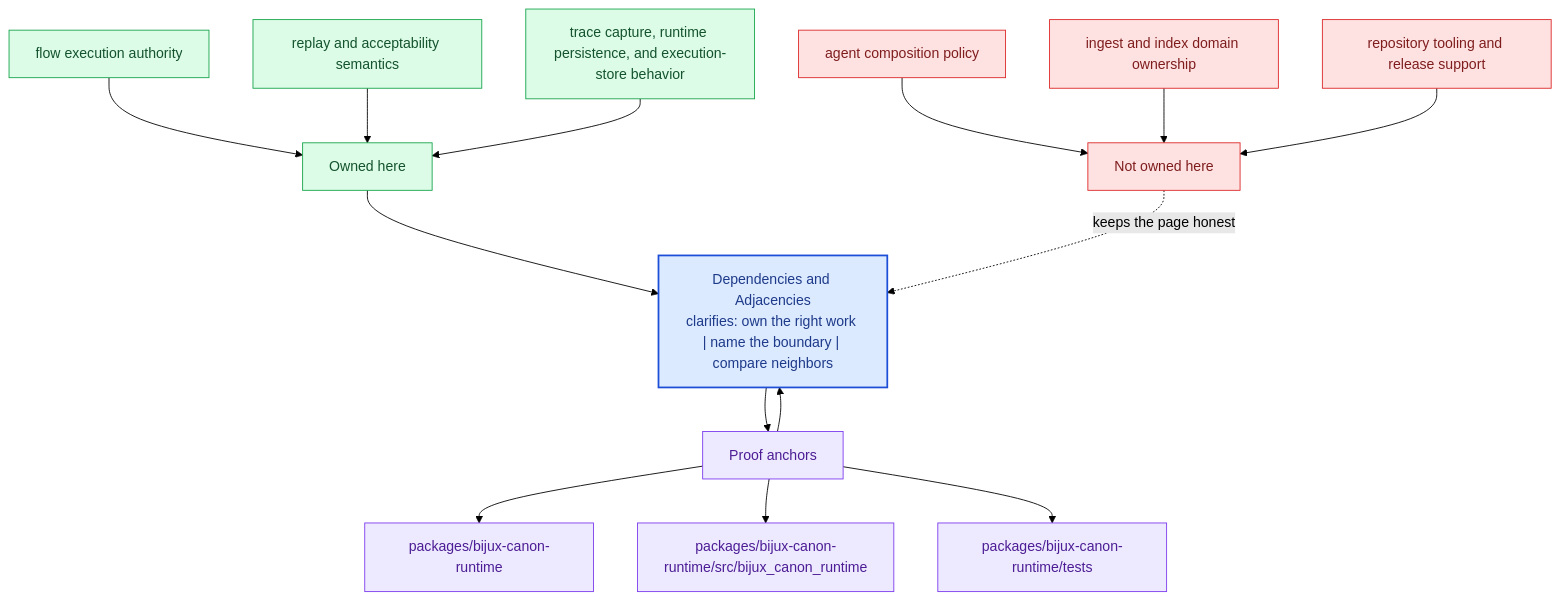
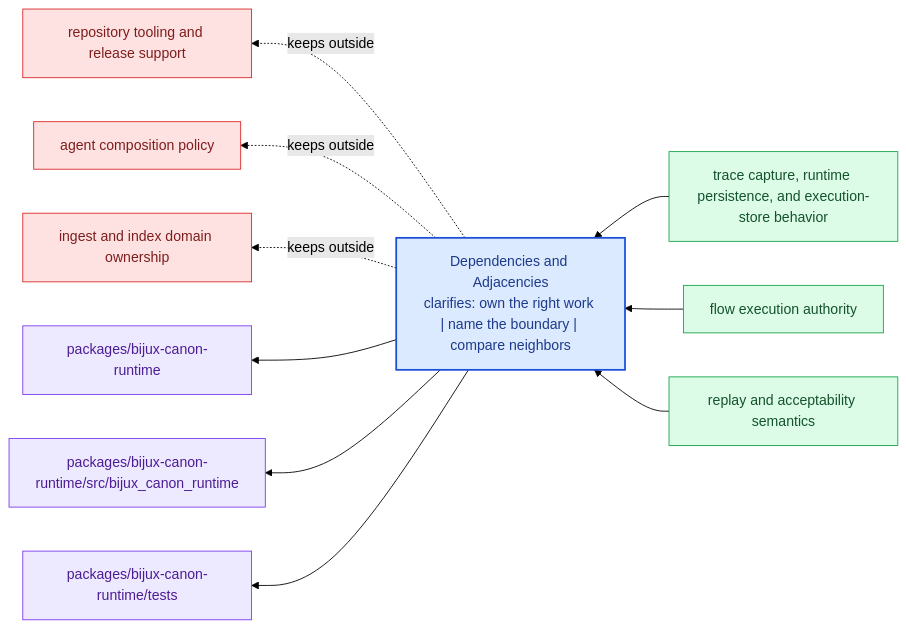
One commit to bijux/bijux-canon changed the diagram in docs/bijux-canon-runtime/foundation/dependencies-and-adjacencies.md. Above: the diagram before and after it, drawn with Mermaid (forest theme). The commit also changed other lines of this file and 281 other files, not shown here.

Commit message:
docs(diagrams): replace repeated mermaid scaffolds with page-specific summaries

````diff
--- a/docs/bijux-canon-runtime/foundation/dependencies-and-adjacencies.md
+++ b/docs/bijux-canon-runtime/foundation/dependencies-and-adjacencies.md
@@ -69,40 +24,31 @@
 ```mermaid
-flowchart TB
-    promise["Dependencies and Adjacencies<br/>clarifies: own the right work | name the boundary | compare neighbors"]
-    classDef promise fill:#dbeafe,stroke:#1d4ed8,color:#1e3a8a,stroke-width:2px;
-    classDef driver fill:#dcfce7,stroke:#16a34a,color:#14532d;
-    classDef constraint fill:#fee2e2,stroke:#dc2626,color:#7f1d1d;
-    classDef ground fill:#ede9fe,stroke:#7c3aed,color:#4c1d95;
-    focus1["Owned here"]
-    focus1 --> promise
-    focus1_1["flow execution authority"]
-    focus1_1 --> focus1
-    focus1_2["replay and acceptability semantics"]
-    focus1_2 --> focus1
-    focus1_3["trace capture, runtime persistence, and execution-store behavior"]
-    focus1_3 --> focus1
-    class focus1 driver;
-    class focus1_1,focus1_2,focus1_3 driver;
-    focus2["Not owned here"]
-    focus2 -.keeps the page honest.-> promise
-    focus2_1["agent composition policy"]
-    focus2_1 --> focus2
-    focus2_2["ingest and index domain ownership"]
-    focus2_2 --> focus2
-    focus2_3["repository tooling and release support"]
-    focus2_3 --> focus2
-    class focus2 constraint;
-    class focus2_1,focus2_2,focus2_3 constraint;
-    focus3["Proof anchors"]
-    focus3 --> promise
-    promise --> focus3
-    focus3_1["packages/bijux-canon-runtime"]
-    focus3 --> focus3_1
-    focus3_2["packages/bijux-canon-runtime/src/bijux_canon_runtime"]
-    focus3 --> focus3_2
-    focus3_3["packages/bijux-canon-runtime/tests"]
-    focus3 --> focus3_3
-    class focus3 ground;
-    class focus3_1,focus3_2,focus3_3 ground;
-    class promise promise;
+flowchart RL
+    page["Dependencies and Adjacencies<br/>clarifies: own the right work | name the boundary | compare neighbors"]
+    classDef page fill:#dbeafe,stroke:#1d4ed8,color:#1e3a8a,stroke-width:2px;
+    classDef positive fill:#dcfce7,stroke:#16a34a,color:#14532d;
+    classDef caution fill:#fee2e2,stroke:#dc2626,color:#7f1d1d;
+    classDef anchor fill:#ede9fe,stroke:#7c3aed,color:#4c1d95;
+    classDef action fill:#fef3c7,stroke:#d97706,color:#7c2d12;
+    own1["trace capture, runtime persistence, and execution-store behavior"]
+    own1 --> page
+    own2["flow execution authority"]
+    own2 --> page
+    own3["replay and acceptability semantics"]
+    own3 --> page
+    limit1["repository tooling and release support"]
+    page -.keeps outside.-> limit1
+    limit2["agent composition policy"]
+    page -.keeps outside.-> limit2
+    limit3["ingest and index domain ownership"]
+    page -.keeps outside.-> limit3
+    anchor1["packages/bijux-canon-runtime"]
+    page --> anchor1
+    anchor2["packages/bijux-canon-runtime/src/bijux_canon_runtime"]
+    page --> anchor2
+    anchor3["packages/bijux-canon-runtime/tests"]
+    page --> anchor3
+    class page page;
+    class own1,own2,own3 positive;
+    class limit1,limit2,limit3 caution;
+    class anchor1,anchor2,anchor3 anchor;
 ```
````
